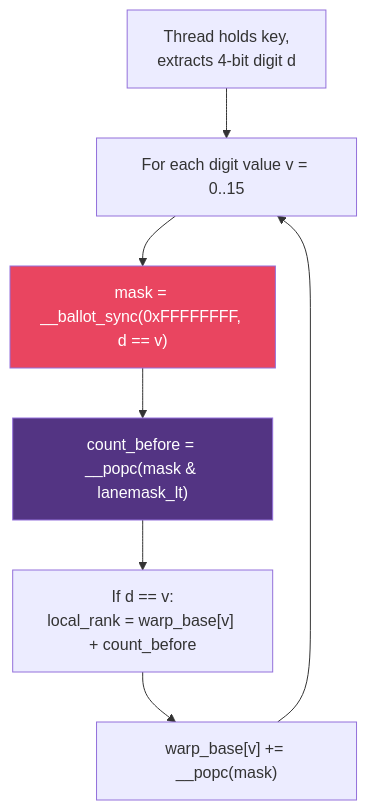
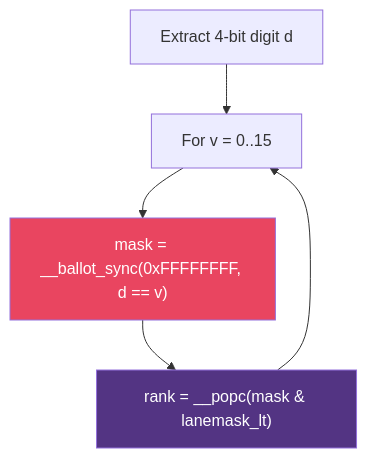
The third of 3 diagrams in Part-09-Projects/P13_CUDA_Radix_Sort.md (dkkh87/CPP-CUDA-Mastery), drawn with Mermaid before and after one commit. The commit also changed other lines of this file, not shown here.

````diff
--- a/Part-09-Projects/P13_CUDA_Radix_Sort.md
+++ b/Part-09-Projects/P13_CUDA_Radix_Sort.md
@@ -75,12 +53,9 @@
 ```mermaid
 flowchart TD
-    W1["Thread holds key,\nextracts 4-bit digit d"] --> W2["For each digit value v = 0..15"]
+    W1["Extract 4-bit digit d"] --> W2["For v = 0..15"]
     W2 --> W3["mask = __ballot_sync(0xFFFFFFFF, d == v)"]
-    W3 --> W4["count_before = __popc(mask & lanemask_lt)"]
-    W4 --> W5["If d == v:\nlocal_rank = warp_base[v] + count_before"]
-    W5 --> W6["warp_base[v] += __popc(mask)"]
-    W6 --> W2
-
+    W3 --> W4["rank = __popc(mask & lanemask_lt)"]
+    W4 --> W2
     style W3 fill:#e94560,color:#fff
     style W4 fill:#533483,color:#fff
 ```
````
